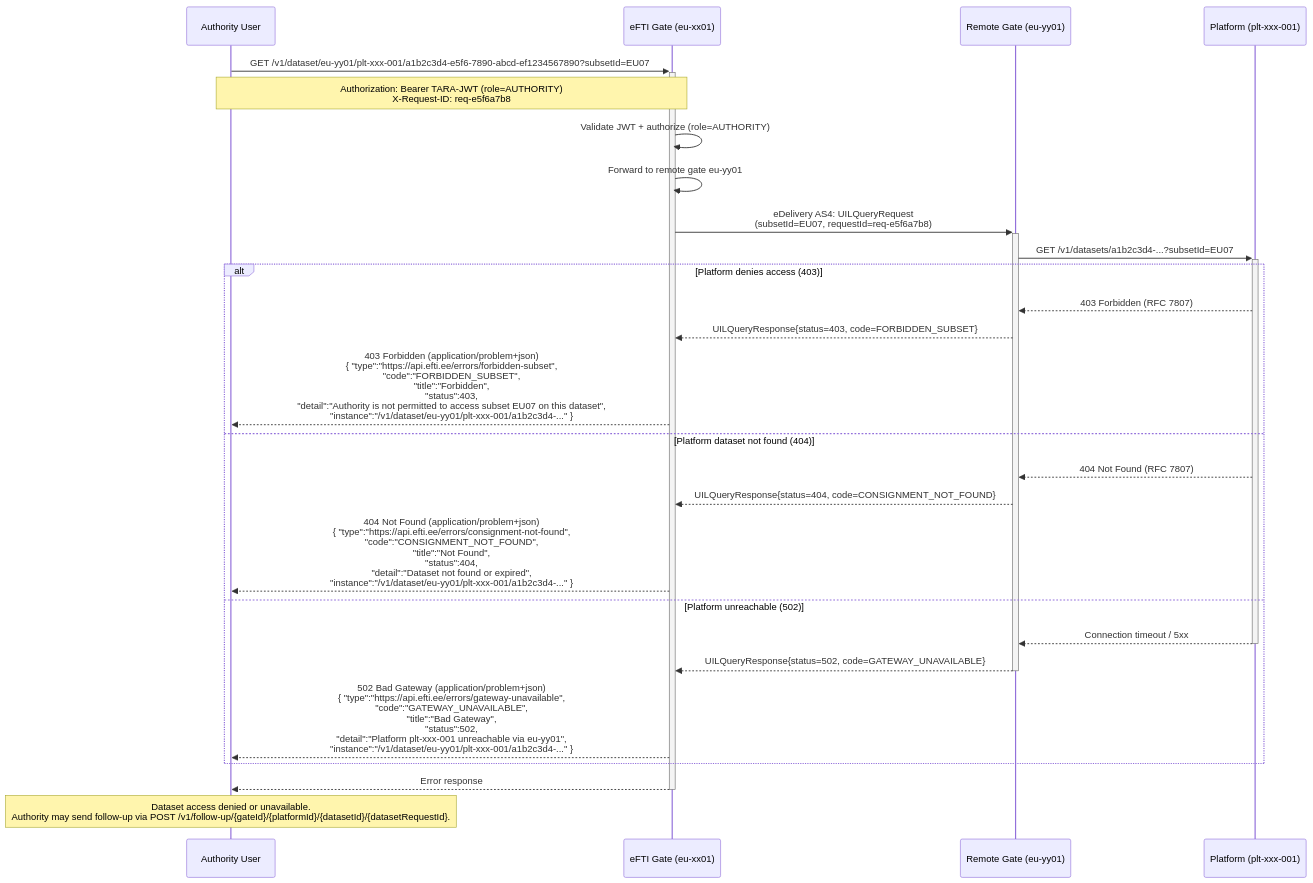
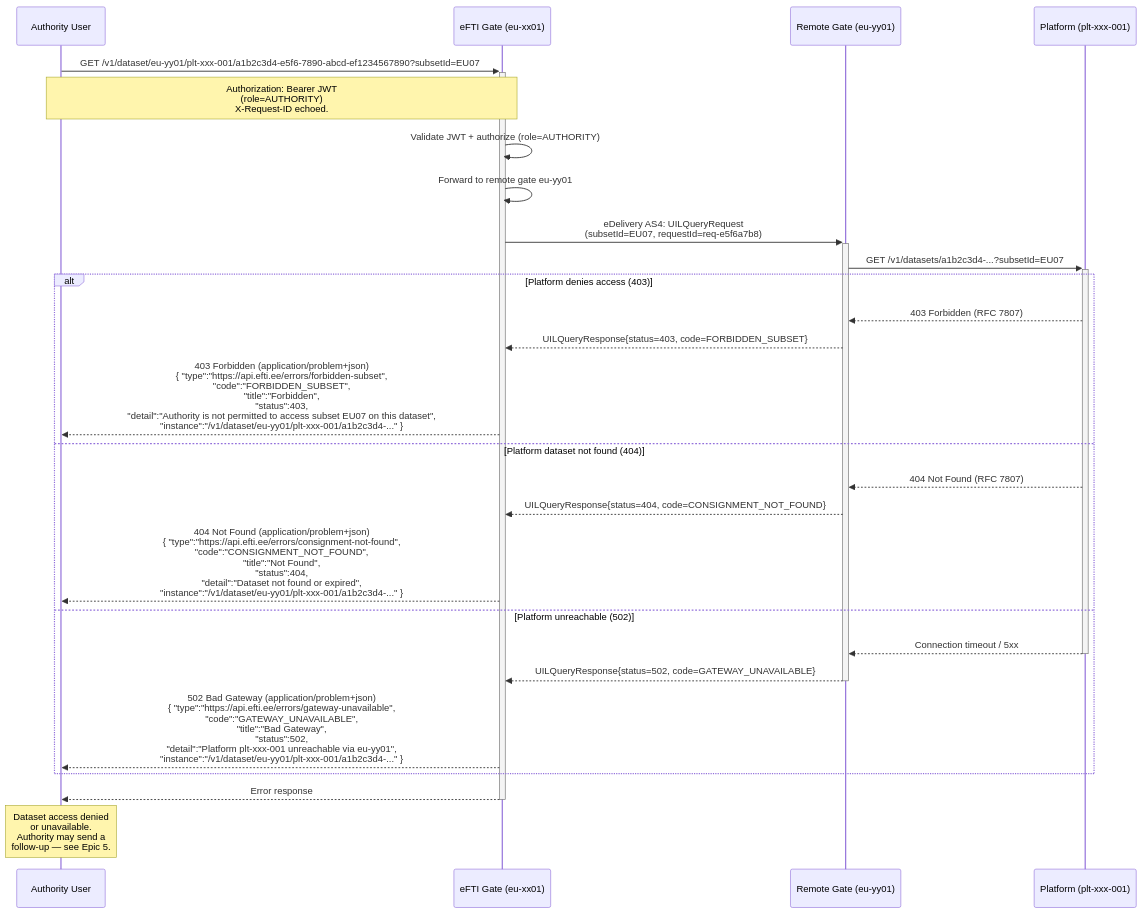
One commit to kemit-ee/efti-gate-ee changed the diagram in docs/specs/diagrams/seq-06-dataset-request-denied.mmd. Above: the diagram before and after it, drawn with Mermaid. The commit also changed 15 other files, not shown here.

First line of the commit message:
docs(diagrams): tighten notes in 16 sequence diagrams to ≤ 25 chars per line

```diff
--- a/docs/specs/diagrams/seq-06-dataset-request-denied.mmd
+++ b/docs/specs/diagrams/seq-06-dataset-request-denied.mmd
@@ -1,34 +1,34 @@
 sequenceDiagram
     participant Authority as Authority User
     participant GateEE as eFTI Gate (eu-xx01)
     participant GateFI as Remote Gate (eu-yy01)
     participant Platform as Platform (plt-xxx-001)
 
     Authority->>+GateEE: GET /v1/dataset/eu-yy01/plt-xxx-001/a1b2c3d4-e5f6-7890-abcd-ef1234567890?subsetId=EU07
-    Note over Authority,GateEE: Authorization: Bearer TARA-JWT (role=AUTHORITY)<br/>X-Request-ID: req-e5f6a7b8
+    Note over Authority,GateEE: Authorization: Bearer JWT<br/>(role=AUTHORITY)<br/>X-Request-ID echoed.
 
     GateEE->>GateEE: Validate JWT + authorize (role=AUTHORITY)
     GateEE->>GateEE: Forward to remote gate eu-yy01
 
     GateEE->>+GateFI: eDelivery AS4: UILQueryRequest<br/>(subsetId=EU07, requestId=req-e5f6a7b8)
 
     GateFI->>+Platform: GET /v1/datasets/a1b2c3d4-...?subsetId=EU07
 
     alt Platform denies access (403)
         Platform-->>GateFI: 403 Forbidden (RFC 7807)
         GateFI-->>GateEE: UILQueryResponse{status=403, code=FORBIDDEN_SUBSET}
         GateEE-->>Authority: 403 Forbidden (application/problem+json)<br/>{ "type":"https://api.efti.ee/errors/forbidden-subset",<br/>  "code":"FORBIDDEN_SUBSET",<br/>  "title":"Forbidden",<br/>  "status":403,<br/>  "detail":"Authority is not permitted to access subset EU07 on this dataset",<br/>  "instance":"/v1/dataset/eu-yy01/plt-xxx-001/a1b2c3d4-..." }
 
     else Platform dataset not found (404)
         Platform-->>GateFI: 404 Not Found (RFC 7807)
         GateFI-->>GateEE: UILQueryResponse{status=404, code=CONSIGNMENT_NOT_FOUND}
         GateEE-->>Authority: 404 Not Found (application/problem+json)<br/>{ "type":"https://api.efti.ee/errors/consignment-not-found",<br/>  "code":"CONSIGNMENT_NOT_FOUND",<br/>  "title":"Not Found",<br/>  "status":404,<br/>  "detail":"Dataset not found or expired",<br/>  "instance":"/v1/dataset/eu-yy01/plt-xxx-001/a1b2c3d4-..." }
 
     else Platform unreachable (502)
         Platform-->>-GateFI: Connection timeout / 5xx
         GateFI-->>-GateEE: UILQueryResponse{status=502, code=GATEWAY_UNAVAILABLE}
         GateEE-->>Authority: 502 Bad Gateway (application/problem+json)<br/>{ "type":"https://api.efti.ee/errors/gateway-unavailable",<br/>  "code":"GATEWAY_UNAVAILABLE",<br/>  "title":"Bad Gateway",<br/>  "status":502,<br/>  "detail":"Platform plt-xxx-001 unreachable via eu-yy01",<br/>  "instance":"/v1/dataset/eu-yy01/plt-xxx-001/a1b2c3d4-..." }
     end
 
     GateEE-->>-Authority: Error response
-    Note over Authority: Dataset access denied or unavailable.<br/>Authority may send follow-up via POST /v1/follow-up/{gateId}/{platformId}/{datasetId}/{datasetRequestId}.
+    Note over Authority: Dataset access denied<br/>or unavailable.<br/>Authority may send a<br/>follow-up — see Epic 5.
```
